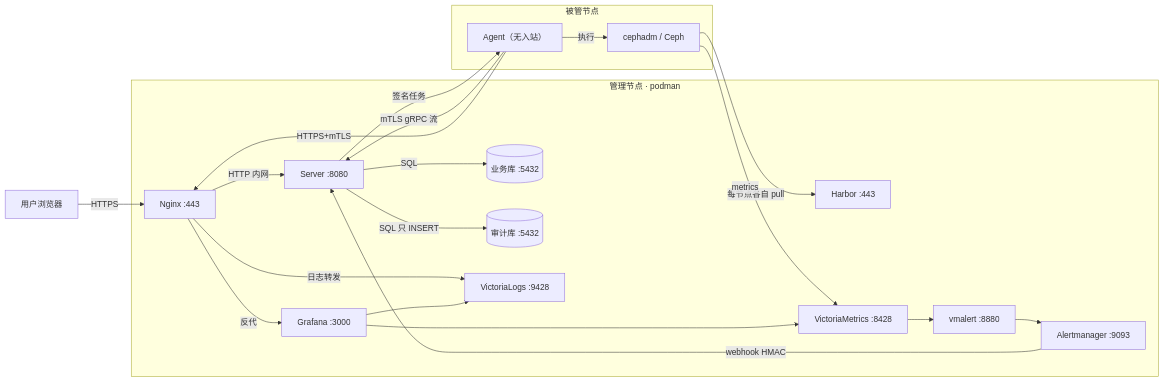
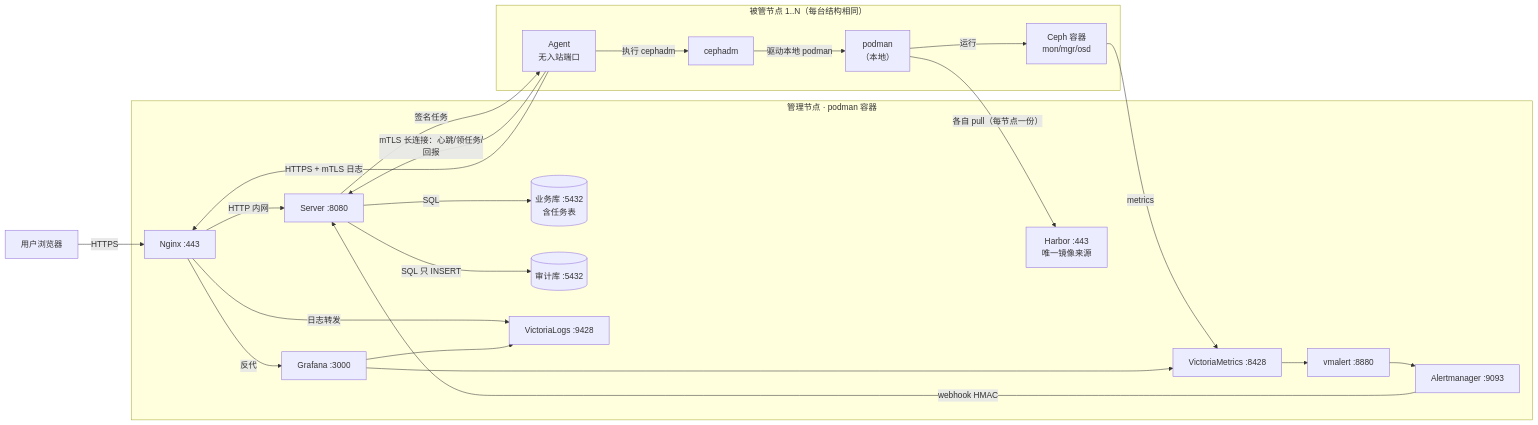
Before and after one commit to lnsyyj/winter: the first of 19 diagrams in docs/02-研发线/04-架构师/架构时序与数据流图册.md, drawn with Mermaid. The commit also changed other lines of this file and 1 other file, not shown here.

First line of the commit message:
docs(arch): 全局进程交互图画出每节点 cephadm→podman→Harbor

````diff
--- a/docs/02-研发线/04-架构师/架构时序与数据流图册.md
+++ b/docs/02-研发线/04-架构师/架构时序与数据流图册.md
@@ -27,40 +27,45 @@
 ```mermaid
 graph LR
   U["用户浏览器"]
 
-  subgraph M["管理节点 · podman"]
+  subgraph M["管理节点 · podman 容器"]
     NG["Nginx :443"]
     S["Server :8080"]
-    PG[("业务库 :5432")]
+    PG[("业务库 :5432<br/>含任务表")]
     ADB[("审计库 :5432")]
-    HR["Harbor :443"]
+    HR["Harbor :443<br/>唯一镜像来源"]
     VM["VictoriaMetrics :8428"]
     VL["VictoriaLogs :9428"]
     VMA["vmalert :8880"]
     AM["Alertmanager :9093"]
     GF["Grafana :3000"]
   end
 
-  subgraph N["被管节点"]
-    A["Agent（无入站）"]
-    CE["cephadm / Ceph"]
+  subgraph N["被管节点 1..N（每台结构相同）"]
+    A["Agent<br/>无入站端口"]
+    CM["cephadm"]
+    PD["podman<br/>（本地）"]
+    CE["Ceph 容器<br/>mon/mgr/osd"]
   end
 
   U -->|HTTPS| NG
   NG -->|HTTP 内网| S
   NG -->|反代| GF
   NG -->|日志转发| VL
   S -->|SQL| PG
   S -->|SQL 只 INSERT| ADB
-  A -->|mTLS gRPC 流| S
+  A -->|"mTLS 长连接：心跳/领任务/回报"| S
   S -->|签名任务| A
-  A -->|HTTPS+mTLS| NG
-  A -->|执行| CE
-  CE -->|每节点各自 pull| HR
+  A -->|"HTTPS + mTLS 日志"| NG
+
+  A -->|"执行 cephadm"| CM
+  CM -->|"驱动本地 podman"| PD
+  PD -->|"各自 pull（每节点一份）"| HR
+  PD -->|运行| CE
   CE -->|metrics| VM
   VM --> VMA
   VMA --> AM
   AM -->|webhook HMAC| S
   GF --> VM
   GF --> VL
 ```
````
